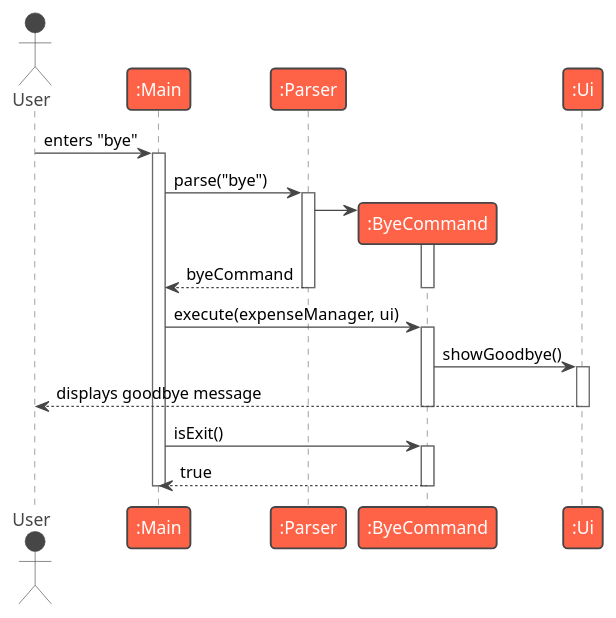
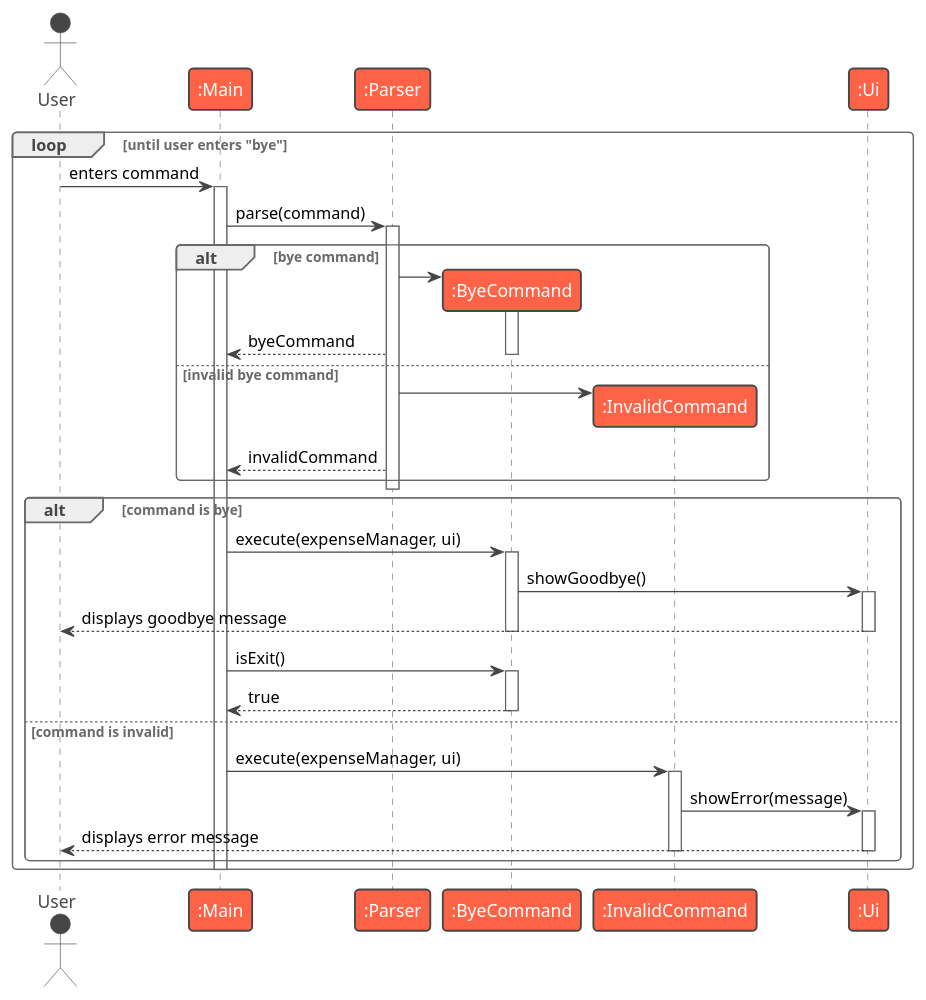
One commit to aydrienlaw/tp changed the diagram in docs/diagrams/bye-sequence.puml. Above: the diagram before and after it, drawn with PlantUML. The commit also changed 2 other files, not shown here.

Commit message:
feat: update sequence diagrams to include handling of invalid commands

```diff
--- a/docs/diagrams/bye-sequence.puml
+++ b/docs/diagrams/bye-sequence.puml
@@ -1,38 +1,65 @@
 @startuml
 !theme vibrant
 actor User
 participant ":Main" as Main
 participant ":Parser" as Parser
 participant ":ByeCommand" as ByeCommand
+participant ":InvalidCommand" as InvalidCommand
 participant ":Ui" as Ui
 
-User -> Main : enters "bye"
-activate Main
+loop until user enters "bye"
 
-Main -> Parser : parse("bye")
-activate Parser
+    User -> Main : enters command
+    activate Main
 
-create ByeCommand
-Parser -> ByeCommand
-activate ByeCommand
-Parser --> Main : byeCommand
-deactivate ByeCommand
-deactivate Parser
+    Main -> Parser : parse(command)
+    activate Parser
 
-Main -> ByeCommand : execute(expenseManager, ui)
-activate ByeCommand
+    alt bye command
 
-ByeCommand -> Ui : showGoodbye()
-activate Ui
-Ui --> User : displays goodbye message
-deactivate Ui
+        create ByeCommand
+        Parser -> ByeCommand
+        activate ByeCommand
+        Parser --> Main : byeCommand
+        deactivate ByeCommand
 
-deactivate ByeCommand
+    else invalid bye command
 
-Main -> ByeCommand : isExit()
-activate ByeCommand
-ByeCommand --> Main : true
-deactivate ByeCommand
+        create InvalidCommand
+        Parser -> InvalidCommand
+        Parser --> Main : invalidCommand
 
-deactivate Main
+    end
+
+    deactivate Parser
+
+    alt command is bye
+        Main -> ByeCommand : execute(expenseManager, ui)
+        activate ByeCommand
+
+        ByeCommand -> Ui : showGoodbye()
+        activate Ui
+        Ui --> User : displays goodbye message
+        deactivate Ui
+
+        deactivate ByeCommand
+
+        Main -> ByeCommand : isExit()
+        activate ByeCommand
+        ByeCommand --> Main : true
+        deactivate ByeCommand
+
+    else command is invalid
+        Main -> InvalidCommand : execute(expenseManager, ui)
+        activate InvalidCommand
+        InvalidCommand -> Ui : showError(message)
+        activate Ui
+        Ui --> User : displays error message
+        deactivate Ui
+        deactivate InvalidCommand
+    end
+
+    deactivate Main
+
+end
 @enduml
```
